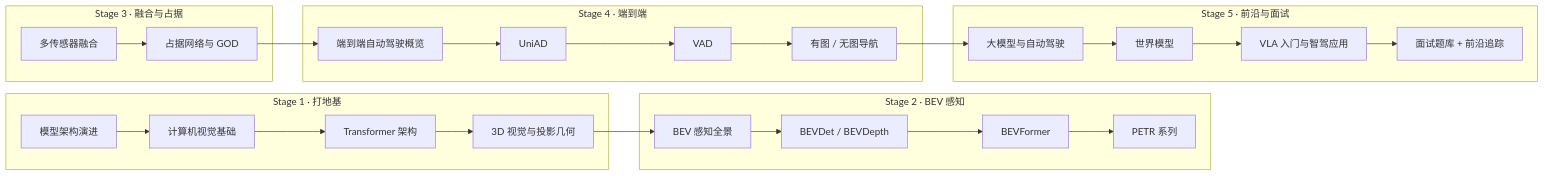
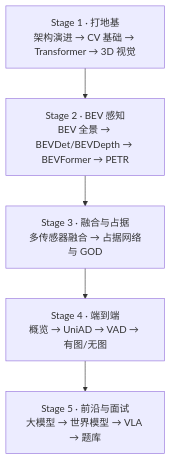
Before and after one commit to salad18/AutoDriveLearningNote: the diagram in README.md, drawn with Mermaid. The commit also changed other lines of this file and 40 other files, not shown here.

First line of the commit message:
docs: 新增数据闭环/面试/热点系列笔记，mermaid 图统一竖排

````diff
--- a/README.md
+++ b/README.md
@@ -44,29 +46,9 @@
 ```mermaid
-flowchart LR
-    subgraph S1["Stage 1 · 打地基"]
-        A1[模型架构演进] --> A2[计算机视觉基础]
-        A2 --> A3[Transformer 架构]
-        A3 --> A4[3D 视觉与投影几何]
-    end
-    subgraph S2["Stage 2 · BEV 感知"]
-        B1[BEV 感知全景] --> B2[BEVDet / BEVDepth]
-        B2 --> B3[BEVFormer]
-        B3 --> B4[PETR 系列]
-    end
-    subgraph S3["Stage 3 · 融合与占据"]
-        C1[多传感器融合] --> C2[占据网络与 GOD]
-    end
-    subgraph S4["Stage 4 · 端到端"]
-        D1[端到端自动驾驶概览] --> D2[UniAD]
-        D2 --> D3[VAD]
-        D3 --> D4[有图 / 无图导航]
-    end
-    subgraph S5["Stage 5 · 前沿与面试"]
-        E1[大模型与自动驾驶] --> E2[世界模型]
-        E2 --> E3[VLA 入门与智驾应用]
-        E3 --> E4[面试题库 + 前沿追踪]
-    end
-    A4 --> B1
-    C2 --> D1
-    D4 --> E1
+flowchart TD
+    S1["Stage 1 · 打地基<br/>架构演进 → CV 基础 → Transformer → 3D 视觉"]
+    S2["Stage 2 · BEV 感知<br/>BEV 全景 → BEVDet/BEVDepth → BEVFormer → PETR"]
+    S3["Stage 3 · 融合与占据<br/>多传感器融合 → 占据网络与 GOD"]
+    S4["Stage 4 · 端到端<br/>概览 → UniAD → VAD → 有图/无图"]
+    S5["Stage 5 · 前沿与面试<br/>大模型 → 世界模型 → VLA → 题库"]
+    S1 --> S2 --> S3 --> S4 --> S5
 ```
````
